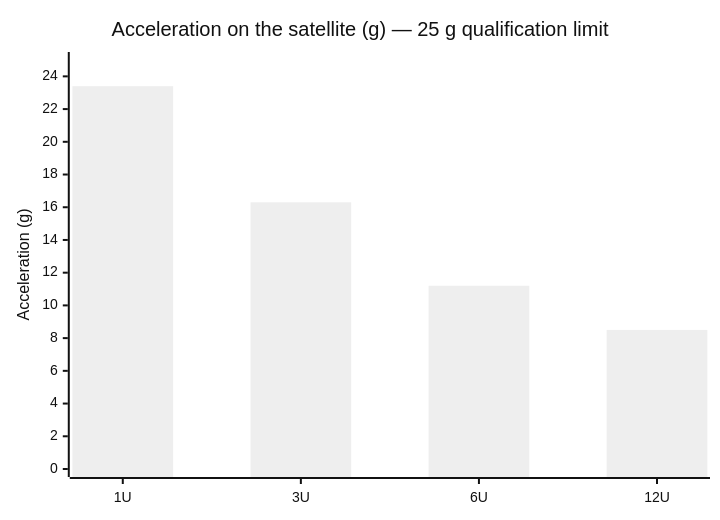
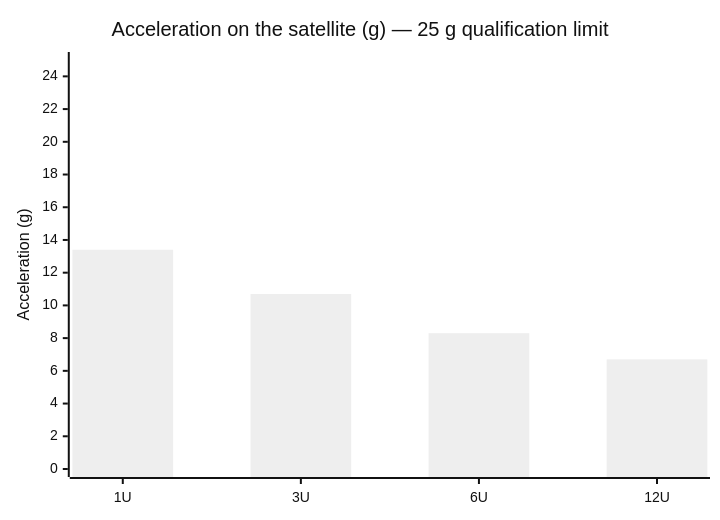
One commit to aaaaaaaaaaaavm/EMOCD changed the fourth of 11 diagrams in RESULTS.md. Above: the diagram before and after it, drawn with Mermaid (neutral theme). The commit also changed other lines of this file and 2 other files, not shown here.

````diff
--- a/RESULTS.md
+++ b/RESULTS.md
@@ -78,7 +82,7 @@
 ```mermaid
 xychart-beta
     title "Acceleration on the satellite (g) — 25 g qualification limit"
     x-axis ["1U", "3U", "6U", "12U"]
     y-axis "Acceleration (g)" 0 --> 25
-    bar [23.4, 16.3, 11.2, 8.5]
+    bar [13.4, 10.7, 8.3, 6.7]
 ```
````
